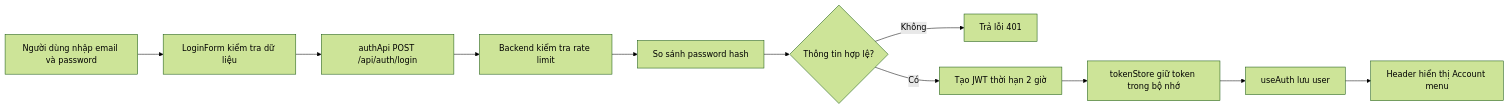
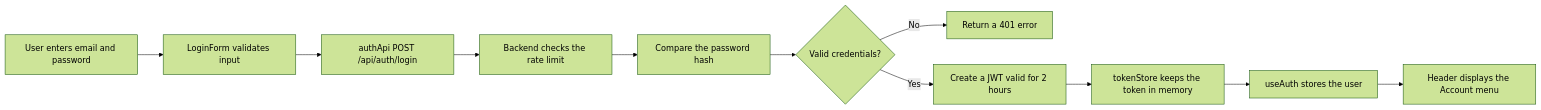
The second of 3 diagrams in docs/auth-flow.md (Henhhh/Web_29GG), drawn with Mermaid (forest theme) before and after one commit. The commit also changed other lines of this file and 5 other files, not shown here.

````diff
--- a/docs/auth-flow.md
+++ b/docs/auth-flow.md
@@ -58,13 +58,13 @@
 ```mermaid
 flowchart LR
-    A[Người dùng nhập email và password] --> B[LoginForm kiểm tra dữ liệu]
+    A[User enters email and password] --> B[LoginForm validates input]
     B --> C[authApi POST /api/auth/login]
-    C --> D[Backend kiểm tra rate limit]
-    D --> E[So sánh password hash]
-    E --> F{Thông tin hợp lệ?}
-    F -- Không --> G[Trả lỗi 401]
-    F -- Có --> H[Tạo JWT thời hạn 2 giờ]
-    H --> I[tokenStore giữ token trong bộ nhớ]
-    I --> J[useAuth lưu user]
-    J --> K[Header hiển thị Account menu]
+    C --> D[Backend checks the rate limit]
+    D --> E[Compare the password hash]
+    E --> F{Valid credentials?}
+    F -- No --> G[Return a 401 error]
+    F -- Yes --> H[Create a JWT valid for 2 hours]
+    H --> I[tokenStore keeps the token in memory]
+    I --> J[useAuth stores the user]
+    J --> K[Header displays the Account menu]
 ```
````
